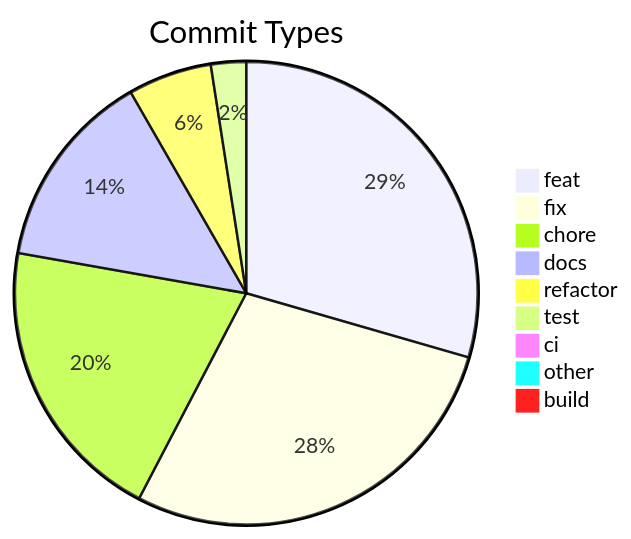
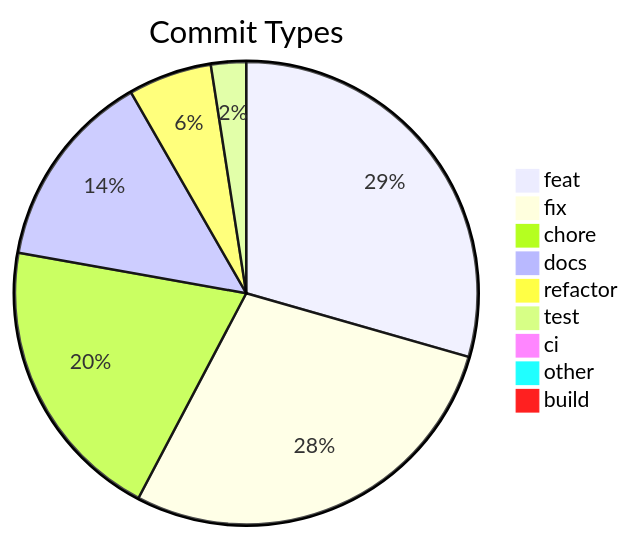
One commit to svenroth-ai/shipwright changed the diagram in .shipwright/compliance/change-history.md. Above: the diagram before and after it, drawn with Mermaid. The commit also changed other lines of this file and 26 other files, not shown here.

````diff
--- a/.shipwright/compliance/change-history.md
+++ b/.shipwright/compliance/change-history.md
@@ -8,12 +8,12 @@
 ```mermaid
 pie title Commit Types
     "feat" : 252
-    "fix" : 241
+    "fix" : 242
     "chore" : 172
     "docs" : 119
     "refactor" : 50
     "test" : 21
     "ci" : 7
     "other" : 7
     "build" : 1
 ```
````
